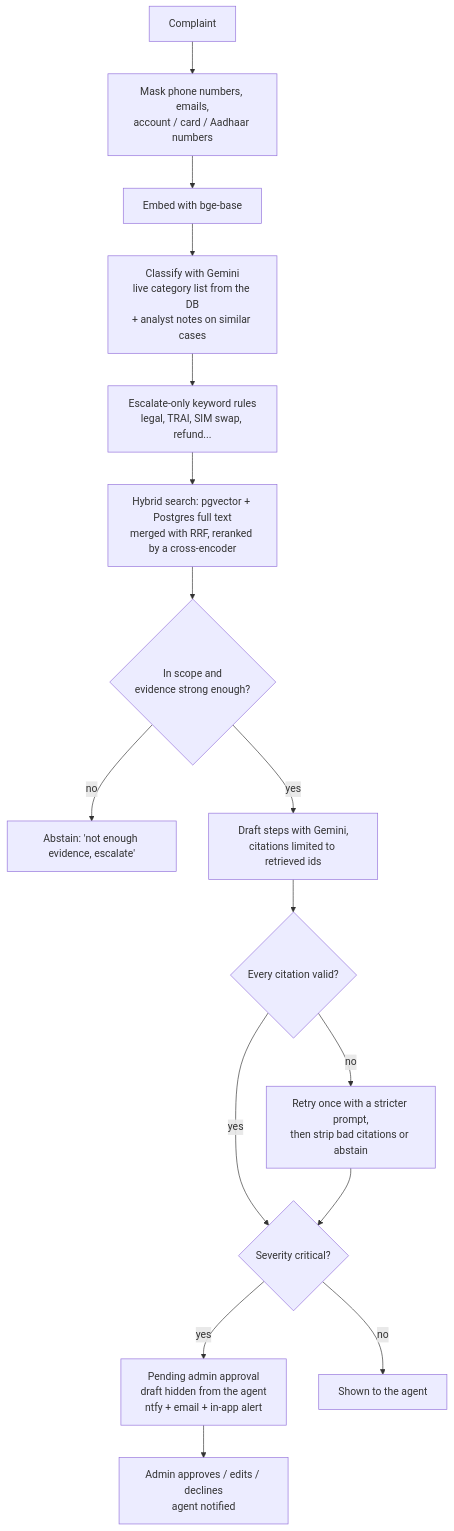
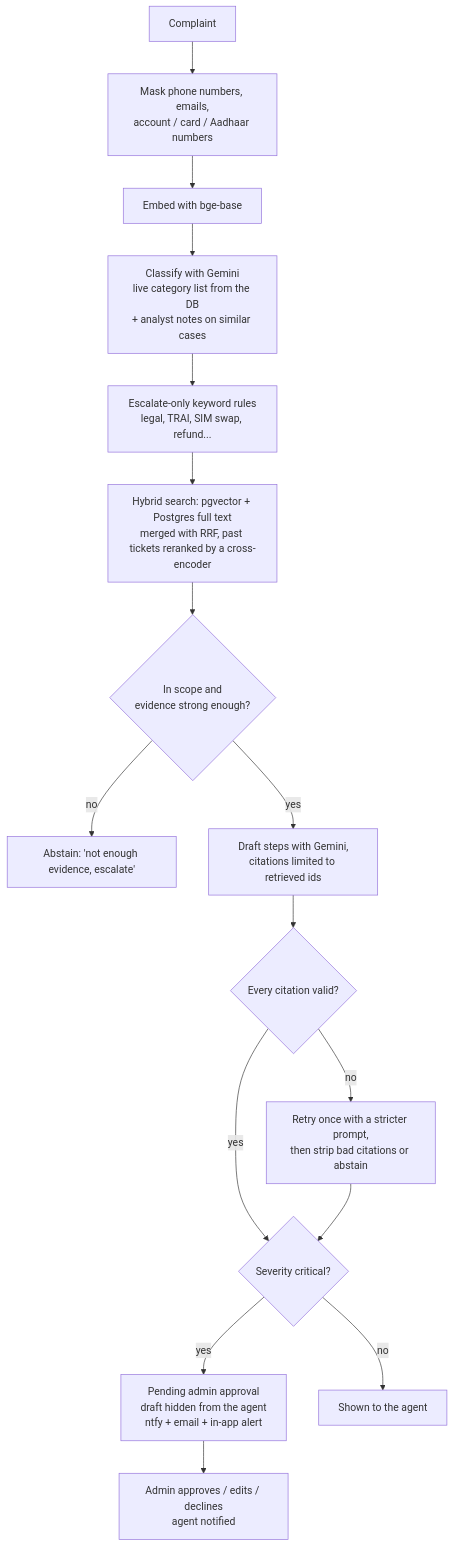
The second of 2 diagrams in README.md (Sathya4683/Resolvr), drawn with Mermaid before and after one commit. The commit also changed other lines of this file and 4 other files, not shown here.

First line of the commit message:
fix(retrieval): rerank only past tickets so the right kb article isn't dropped; honest customer replies

````diff
--- a/README.md
+++ b/README.md
@@ -105,18 +105,18 @@
 ```mermaid
 flowchart TD
     A[Complaint] --> B[Mask phone numbers, emails,<br/>account / card / Aadhaar numbers]
     B --> C[Embed with bge-base]
     C --> D[Classify with Gemini<br/>live category list from the DB<br/>+ analyst notes on similar cases]
     D --> E[Escalate-only keyword rules<br/>legal, TRAI, SIM swap, refund...]
-    E --> F[Hybrid search: pgvector + Postgres full text<br/>merged with RRF, reranked by a cross-encoder]
+    E --> F[Hybrid search: pgvector + Postgres full text<br/>merged with RRF, past tickets reranked by a cross-encoder]
     F --> G{In scope and<br/>evidence strong enough?}
     G -- no --> H[Abstain: 'not enough evidence, escalate']
     G -- yes --> I[Draft steps with Gemini,<br/>citations limited to retrieved ids]
     I --> J{Every citation valid?}
     J -- no --> K[Retry once with a stricter prompt,<br/>then strip bad citations or abstain]
     J -- yes --> L{Severity critical?}
     K --> L
     L -- yes --> M[Pending admin approval<br/>draft hidden from the agent<br/>ntfy + email + in-app alert]
     M --> N[Admin approves / edits / declines<br/>agent notified]
     L -- no --> O[Shown to the agent]
 ```
````
